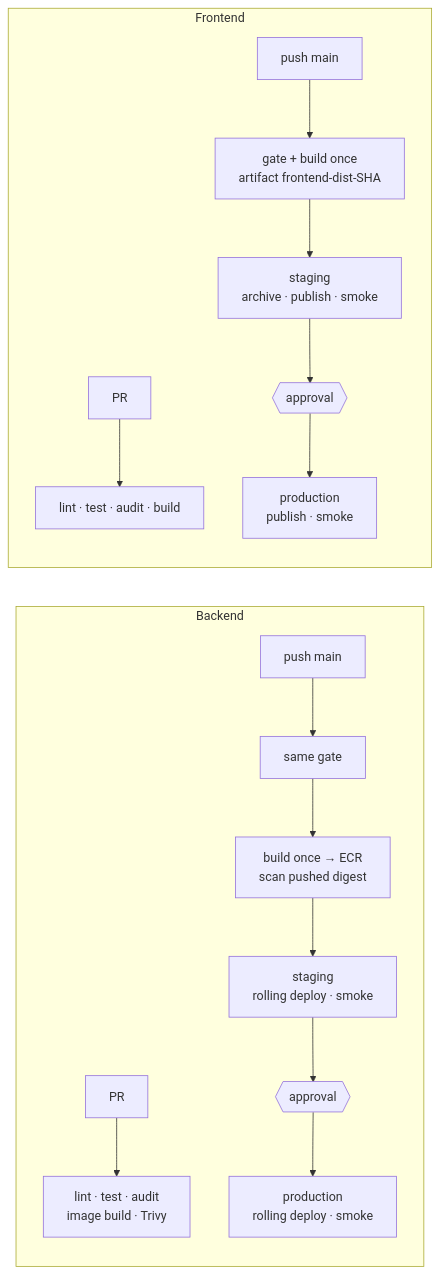
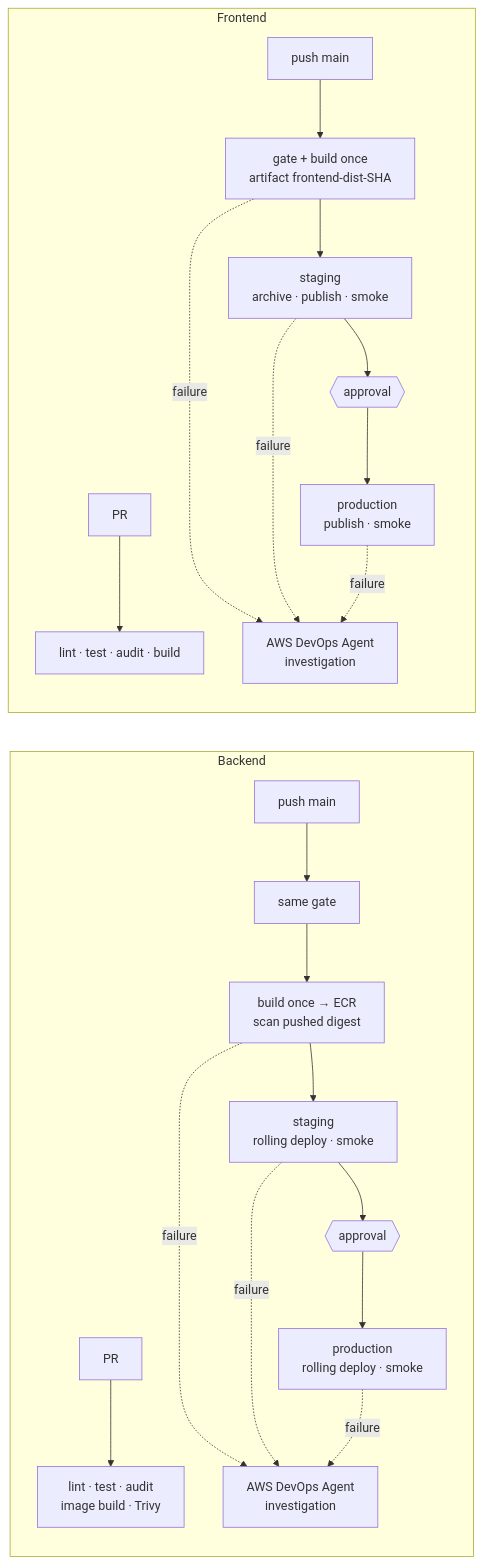
One commit to kimanhdev1999/devops-challenge changed the diagram in src/problem4/SOLUTION.md. Above: the diagram before and after it, drawn with Mermaid. The commit also changed other lines of this file and 14 other files, not shown here.

First line of the commit message:
problem 4: dependency cache (CodeArtifact, ECR pull-through) and AWS DevOps Agent investigations

````diff
--- a/src/problem4/SOLUTION.md
+++ b/src/problem4/SOLUTION.md
@@ -50,15 +56,17 @@
 ```mermaid
 flowchart LR
   subgraph Backend
     bpr[PR] --> bci[lint · test · audit<br/>image build · Trivy]
     bm[push main] --> bgate[same gate] --> bbuild[build once → ECR<br/>scan pushed digest]
     bbuild --> bstg[staging<br/>rolling deploy · smoke]
     bstg --> bappr{{approval}} --> bprod[production<br/>rolling deploy · smoke]
+    bbuild & bstg & bprod -. failure .-> bagent[AWS DevOps Agent<br/>investigation]
   end
   subgraph Frontend
     fpr[PR] --> fci[lint · test · audit · build]
     fm[push main] --> fbuild[gate + build once<br/>artifact frontend-dist-SHA]
     fbuild --> fstg[staging<br/>archive · publish · smoke]
     fstg --> fappr{{approval}} --> fprod[production<br/>publish · smoke]
+    fbuild & fstg & fprod -. failure .-> fagent[AWS DevOps Agent<br/>investigation]
   end
 ```
````
